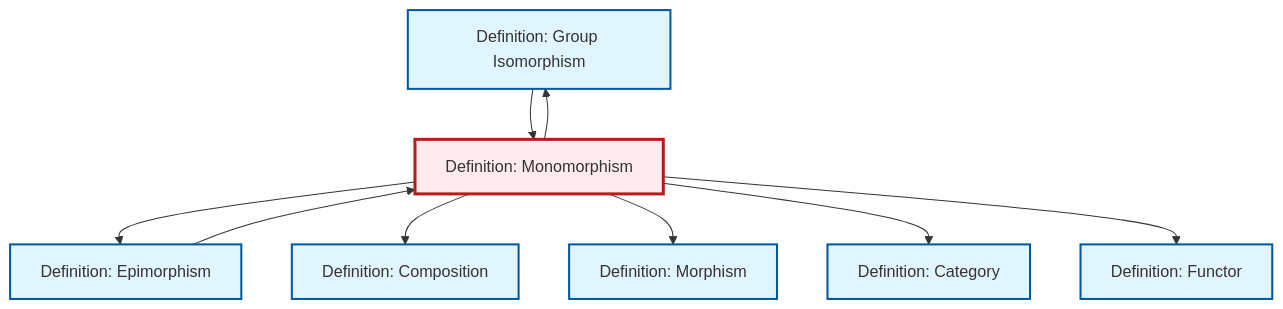
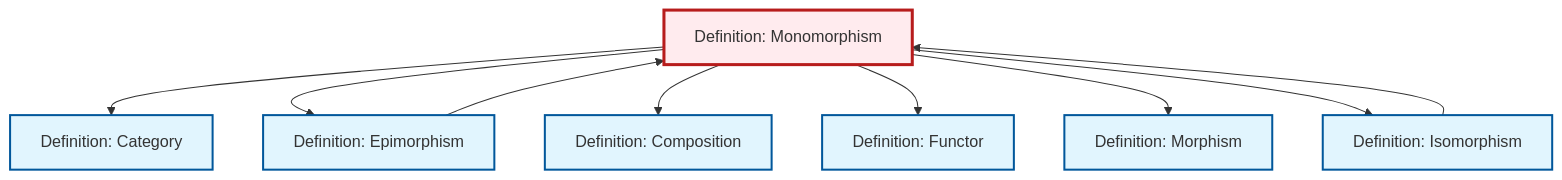
Before and after one commit to RK0429/ModernMath: the diagram in content/en/category-theory/def-monomorphism.qmd, drawn with Mermaid. The commit also changed 1069 other files, not shown here.

````diff
--- a/content/en/category-theory/def-monomorphism.qmd
+++ b/content/en/category-theory/def-monomorphism.qmd
@@ -95,31 +95,31 @@
 ```{mermaid}
 %%| fig-cap: "Local dependency graph"
 graph TD
     classDef definition fill:#e1f5fe,stroke:#01579b,stroke-width:2px
     classDef theorem fill:#f3e5f5,stroke:#4a148c,stroke-width:2px
     classDef axiom fill:#fff3e0,stroke:#e65100,stroke-width:2px
     classDef example fill:#e8f5e9,stroke:#1b5e20,stroke-width:2px
     classDef current fill:#ffebee,stroke:#b71c1c,stroke-width:3px
-    def-isomorphism["Definition: Group Isomorphism"]:::definition
+    def-monomorphism["Definition: Monomorphism"]:::definition
+    def-category["Definition: Category"]:::definition
+    def-epimorphism["Definition: Epimorphism"]:::definition
+    def-isomorphism["Definition: Isomorphism"]:::definition
+    def-composition["Definition: Composition"]:::definition
+    def-morphism["Definition: Morphism"]:::definition
     def-functor["Definition: Functor"]:::definition
-    def-epimorphism["Definition: Epimorphism"]:::definition
-    def-category["Definition: Category"]:::definition
-    def-morphism["Definition: Morphism"]:::definition
-    def-composition["Definition: Composition"]:::definition
-    def-monomorphism["Definition: Monomorphism"]:::definition
+    def-monomorphism --> def-category
     def-monomorphism --> def-epimorphism
     def-monomorphism --> def-composition
+    def-monomorphism --> def-functor
     def-monomorphism --> def-morphism
+    def-isomorphism --> def-monomorphism
+    def-monomorphism --> def-isomorphism
     def-epimorphism --> def-monomorphism
-    def-isomorphism --> def-monomorphism
-    def-monomorphism --> def-category
-    def-monomorphism --> def-isomorphism
-    def-monomorphism --> def-functor
     class def-monomorphism current
-    click def-isomorphism "def-isomorphism.html" "Go to Group Isomorphism definition"
+    click def-category "def-category.html" "Go to Category definition"
+    click def-epimorphism "def-epimorphism.html" "Go to Epimorphism definition"
+    click def-isomorphism "def-isomorphism.html" "Go to Isomorphism definition"
+    click def-composition "def-composition.html" "Go to Composition definition"
+    click def-morphism "def-morphism.html" "Go to Morphism definition"
     click def-functor "def-functor.html" "Go to Functor definition"
-    click def-epimorphism "def-epimorphism.html" "Go to Epimorphism definition"
-    click def-category "def-category.html" "Go to Category definition"
-    click def-morphism "def-morphism.html" "Go to Morphism definition"
-    click def-composition "def-composition.html" "Go to Composition definition"
 ```
````
